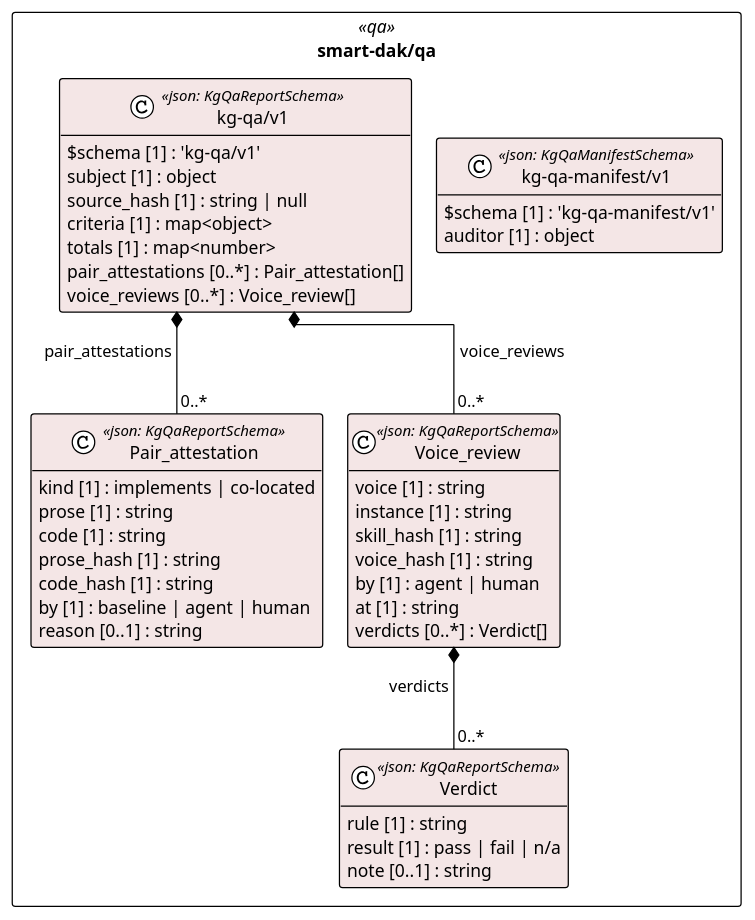
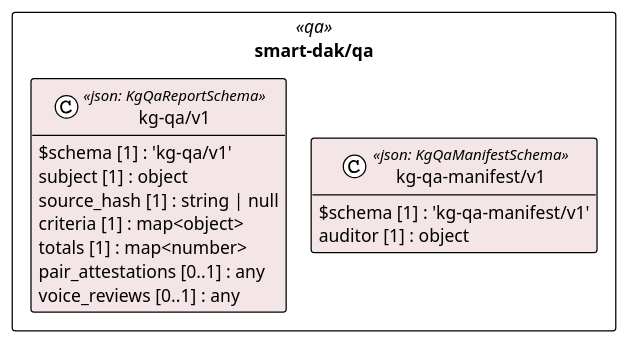
The diagram in cat-harness/uml/overview/smart-dak/qa.puml (litlfred/folio-assistant), drawn with PlantUML before and after one commit. The commit also changed 234 other files, not shown here.

```diff
--- a/cat-harness/uml/overview/smart-dak/qa.puml
+++ b/cat-harness/uml/overview/smart-dak/qa.puml
@@ -3,51 +3,25 @@
 @startuml smart_dak_qa
 !pragma layout elk
 !theme plain
 skinparam classAttributeIconSize 0
 skinparam shadowing false
 skinparam packageStyle rectangle
 hide empty methods
 
 package "smart-dak/qa" as pkg_smart_dak_qa <<qa>> {
-  class "Pair_attestation" as smart_dak_qa_kg_qa_v1_Pair_attestation <<json: KgQaReportSchema>> #f4e6e6 {
-    kind [1] : implements | co-located
-    prose [1] : string
-    code [1] : string
-    prose_hash [1] : string
-    code_hash [1] : string
-    by [1] : baseline | agent | human
-    reason [0..1] : string
-  }
-  class "Verdict" as smart_dak_qa_kg_qa_v1_Verdict <<json: KgQaReportSchema>> #f4e6e6 {
-    rule [1] : string
-    result [1] : pass | fail | n/a
-    note [0..1] : string
-  }
-  class "Voice_review" as smart_dak_qa_kg_qa_v1_Voice_review <<json: KgQaReportSchema>> #f4e6e6 {
-    voice [1] : string
-    instance [1] : string
-    skill_hash [1] : string
-    voice_hash [1] : string
-    by [1] : agent | human
-    at [1] : string
-    verdicts [0..*] : Verdict[]
-  }
   class "kg-qa/v1" as smart_dak_qa_kg_qa_v1_kg_qa_v1 <<json: KgQaReportSchema>> #f4e6e6 {
     $schema [1] : 'kg-qa/v1'
     subject [1] : object
     source_hash [1] : string | null
     criteria [1] : map<object>
     totals [1] : map<number>
-    pair_attestations [0..*] : Pair_attestation[]
-    voice_reviews [0..*] : Voice_review[]
+    pair_attestations [0..1] : any
+    voice_reviews [0..1] : any
   }
   class "kg-qa-manifest/v1" as smart_dak_qa_kg_qa_manifest_v1_kg_qa_manifest_v1 <<json: KgQaManifestSchema>> #f4e6e6 {
     $schema [1] : 'kg-qa-manifest/v1'
     auditor [1] : object
   }
 }
 
-smart_dak_qa_kg_qa_v1_kg_qa_v1 *-- "0..*" smart_dak_qa_kg_qa_v1_Pair_attestation : pair_attestations
-smart_dak_qa_kg_qa_v1_Voice_review *-- "0..*" smart_dak_qa_kg_qa_v1_Verdict : verdicts
-smart_dak_qa_kg_qa_v1_kg_qa_v1 *-- "0..*" smart_dak_qa_kg_qa_v1_Voice_review : voice_reviews
 @enduml
```
